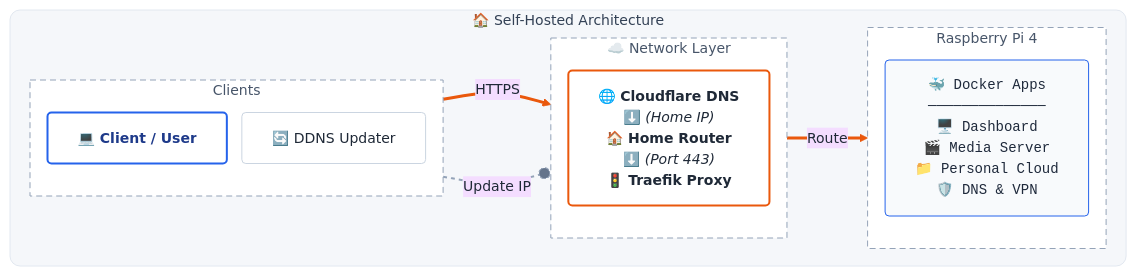
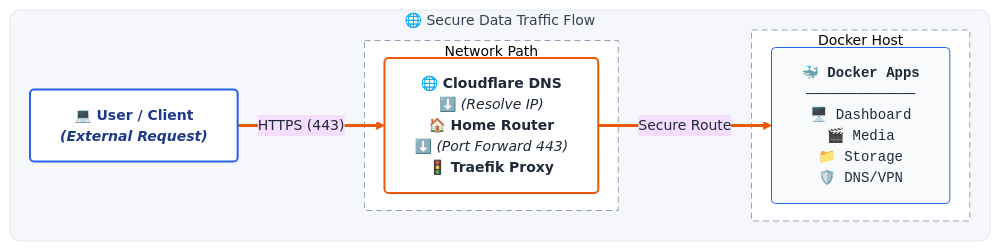
One commit to charan-altro/self-host-lab changed the second of 2 diagrams in README.md. Above: the diagram before and after it, drawn with Mermaid. The commit also changed other lines of this file, not shown here.

````diff
--- a/README.md
+++ b/README.md
@@ -10,73 +64,58 @@
 ```mermaid
 %%{init: {
   'theme': 'base',
   'themeVariables': {
     'background': '#F5F7FA',
     'primaryTextColor': '#1F2937',
     'lineColor': '#64748B',
     'fontSize': '14px'
   },
-  'flowchart': {
-    'rankSpacing': 15,
-    'nodeSpacing': 15
-  }
+  'flowchart': { 'rankSpacing': 15, 'nodeSpacing': 15 }
 }}%%
 flowchart LR
-    %% --- STYLE DEFINITIONS ---
-    classDef base fill:#FFFFFF,stroke:#CBD5E1,stroke-width:1px,color:#1F2937,rx:4,ry:4,shadow:true
+    %% --- STYLES ---
     classDef client fill:#FFFFFF,stroke:#2563EB,stroke-width:2px,color:#1E3A8A,rx:4,ry:4,font-weight:bold,shadow:true
     classDef netStack fill:#FFFFFF,stroke:#EA580C,stroke-width:2px,color:#1F2937,rx:4,ry:4,shadow:true,align:center
     classDef appStack fill:#F8FAFC,stroke:#2563EB,stroke-width:1px,color:#1E293B,rx:4,ry:4,align:left,font-family:monospace
-
-    %% --- CONTAINER STYLING ---
-    classDef masterZone fill:#F5F7FA,stroke:#E2E8F0,stroke-width:1px,rx:10,ry:10,color:#334155
-    classDef innerZone fill:#FFFFFF,stroke:#94A3B8,stroke-width:1px,stroke-dasharray: 6 4,color:#475569
-
-    %% --- DIAGRAM CONTENT ---
-
-    subgraph HomeLab ["🏠 Self-Hosted Architecture"]
+    
+    %% --- STRUCTURE ---
+    subgraph Traffic ["🌐 Secure Data Traffic Flow"]
         direction LR
 
-        %% 1. LEFT: Inputs
-        subgraph Inputs ["Clients"]
-            direction TB
-            User["💻 Client / User"]:::client
-            DDNS["🔄 DDNS Updater"]:::base
-        end
+        %% 1. USER
+        User["💻 <b>User / Client</b>
+        <i>(External Request)</i>"]:::client
 
-        %% 2. MIDDLE: Network Stack (Single Node for Vertical Layout)
-        subgraph Network ["☁️ Network Layer"]
-            direction TB
-            NetStack["🌐 <b>Cloudflare DNS</b>
-            ⬇️ <i>(Home IP)</i>
+        %% 2. NETWORK STACK (Forced Vertical)
+        subgraph NetLayer ["Network Path"]
+            Stack["🌐 <b>Cloudflare DNS</b>
+            ⬇️ <i>(Resolve IP)</i>
             🏠 <b>Home Router</b>
-            ⬇️ <i>(Port 443)</i>
+            ⬇️ <i>(Port Forward 443)</i>
             🚦 <b>Traefik Proxy</b>"]:::netStack
         end
 
-        %% 3. RIGHT: Server
-        subgraph Server ["Raspberry Pi 4"]
-            direction TB
-            Docker["🐳 Docker Apps
-            ──────────────
+        %% 3. APPS
+        subgraph Server ["Docker Host"]
+            Apps["🐳 <b>Docker Apps</b>
+            ─────────────
             🖥️ Dashboard
-            🎬 Media Server
-            📁 Personal Cloud
-            🛡️ DNS & VPN"]:::appStack
+            🎬 Media
+            📁 Storage
+            🛡️ DNS/VPN"]:::appStack
         end
     end
 
     %% --- CONNECTIONS ---
+    User ==>|"HTTPS (443)"| Stack
+    Stack ==>|"Secure Route"| Apps
+
+    %% --- STYLES ---
+    linkStyle 0,1 stroke:#EA580C,stroke-width:3px
     
-    User ==>|"HTTPS"| NetStack
-    NetStack ==>|"Route"| Docker
-    DDNS -.-o|"Update IP"| NetStack
-
-    %% --- APPLY STYLES ---
-    class HomeLab masterZone
-    class Inputs,Network,Server innerZone
-
-    %% Link Styling
-    linkStyle 0,1 stroke:#EA580C,stroke-width:3px,fill:none
-    linkStyle 2 stroke:#94A3B8,stroke-width:2px,stroke-dasharray: 4 4
+    %% Container Style
+    classDef masterZone fill:#F5F7FA,stroke:#E2E8F0,stroke-width:1px,rx:10,ry:10,color:#334155
+    class Traffic masterZone
+    class NetLayer,Server innerZone
+    classDef innerZone fill:#FFFFFF,stroke:#94A3B8,stroke-width:1px,stroke-dasharray: 6 4
 ```
````
